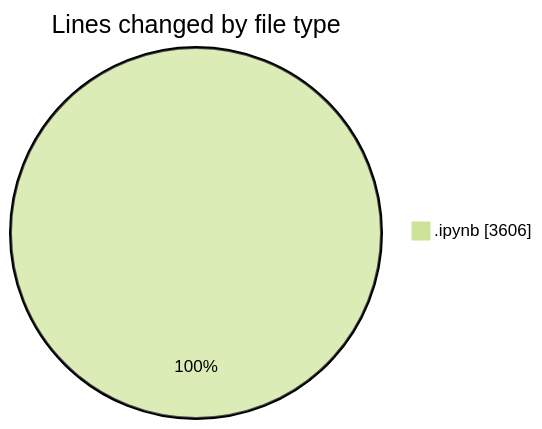
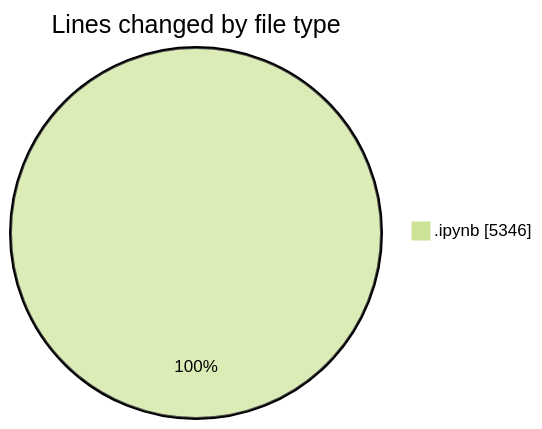
One commit to MatusMokan/code-tracking changed the first of 2 diagrams in 2025-05-07/myws__workspace_/README.md. Above: the diagram before and after it, drawn with Mermaid (forest theme). The commit also changed other lines of this file and 1 other file, not shown here.

````diff
--- a/2025-05-07/myws__workspace_/README.md
+++ b/2025-05-07/myws__workspace_/README.md
@@ -20,5 +20,5 @@
 ```mermaid
 pie showData
 title Lines changed by file type
-".ipynb" : 3606
+".ipynb" : 5346
 ```
````
